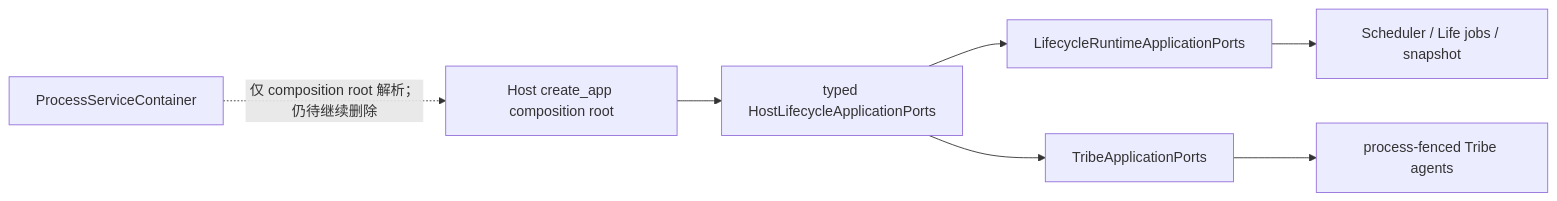
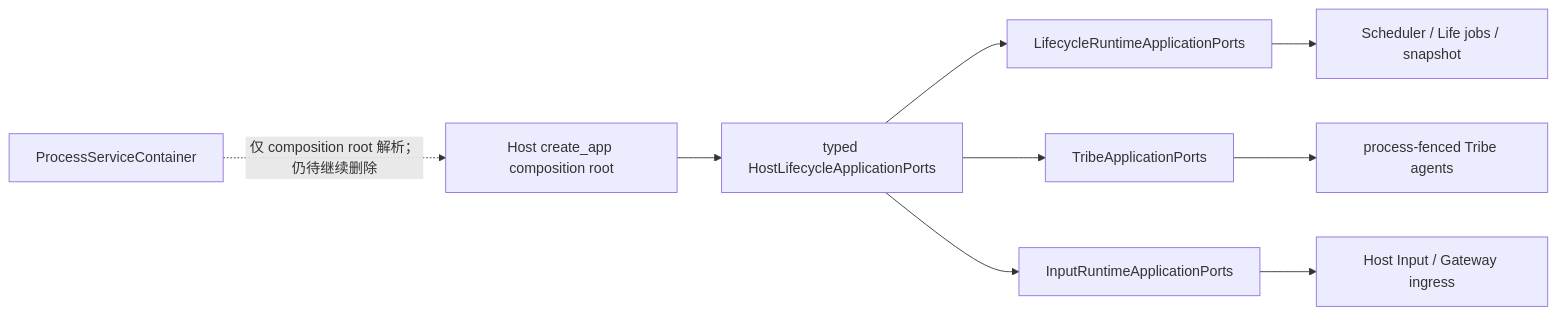
Before and after one commit to SakuraYoruno/Natsume_Ai: the third of 14 diagrams in docs/50_project/arch/DATA_FLOW_ARCHITECTURE.md, drawn with Mermaid. The commit also changed other lines of this file and 16 other files, not shown here.

````diff
--- a/docs/50_project/arch/DATA_FLOW_ARCHITECTURE.md
+++ b/docs/50_project/arch/DATA_FLOW_ARCHITECTURE.md
@@ -185,9 +185,11 @@
 ```mermaid
 flowchart LR
     ROOT["Host create_app composition root"] --> BUNDLE["typed HostLifecycleApplicationPorts"]
     BUNDLE --> LIFE["LifecycleRuntimeApplicationPorts"]
     BUNDLE --> TRIBE["TribeApplicationPorts"]
+    BUNDLE --> INPUT["InputRuntimeApplicationPorts"]
     LIFE --> JOBS["Scheduler / Life jobs / snapshot"]
     TRIBE --> AGENTS["process-fenced Tribe agents"]
+    INPUT --> INGRESS["Host Input / Gateway ingress"]
     LOCATOR["ProcessServiceContainer"] -. "仅 composition root 解析；仍待继续删除" .-> ROOT
 ```
````
